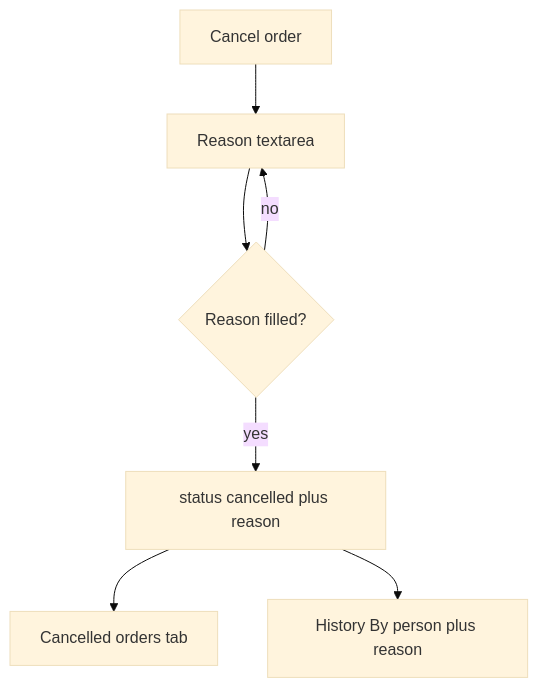
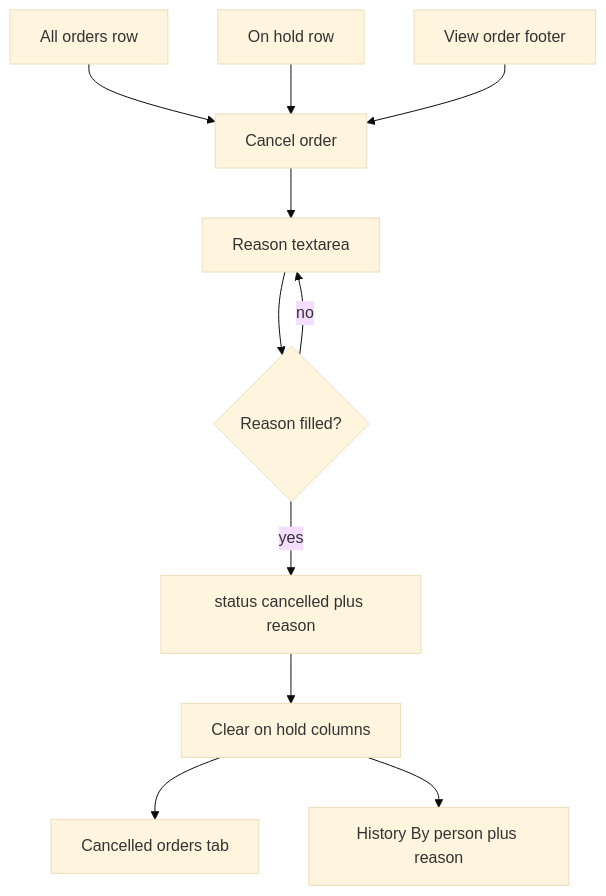
One commit to Mayur8291/Printing-Tracker changed diagram 25 of 56 in docs/FLOWCHARTS.md. Above: the diagram before and after it, drawn with Mermaid (base theme). The commit also changed 4 other files, not shown here.

First line of the commit message:
fix(orders): cancel a held printing job from the On hold tab

````diff
--- a/docs/FLOWCHARTS.md
+++ b/docs/FLOWCHARTS.md
@@ -354,9 +354,13 @@
 ```mermaid
 flowchart TD
-  Btn[Cancel order] --> Reason[Reason textarea]
+  All[All orders row] --> Btn[Cancel order]
+  Hold[On hold row] --> Btn
+  View[View order footer] --> Btn
+  Btn --> Reason[Reason textarea]
   Reason --> Empty{Reason filled?}
   Empty -->|no| Reason
   Empty -->|yes| Save[status cancelled plus reason]
-  Save --> Tab[Cancelled orders tab]
-  Save --> Hist[History By person plus reason]
+  Save --> Clear[Clear on hold columns]
+  Clear --> Tab[Cancelled orders tab]
+  Clear --> Hist[History By person plus reason]
 ```
````
